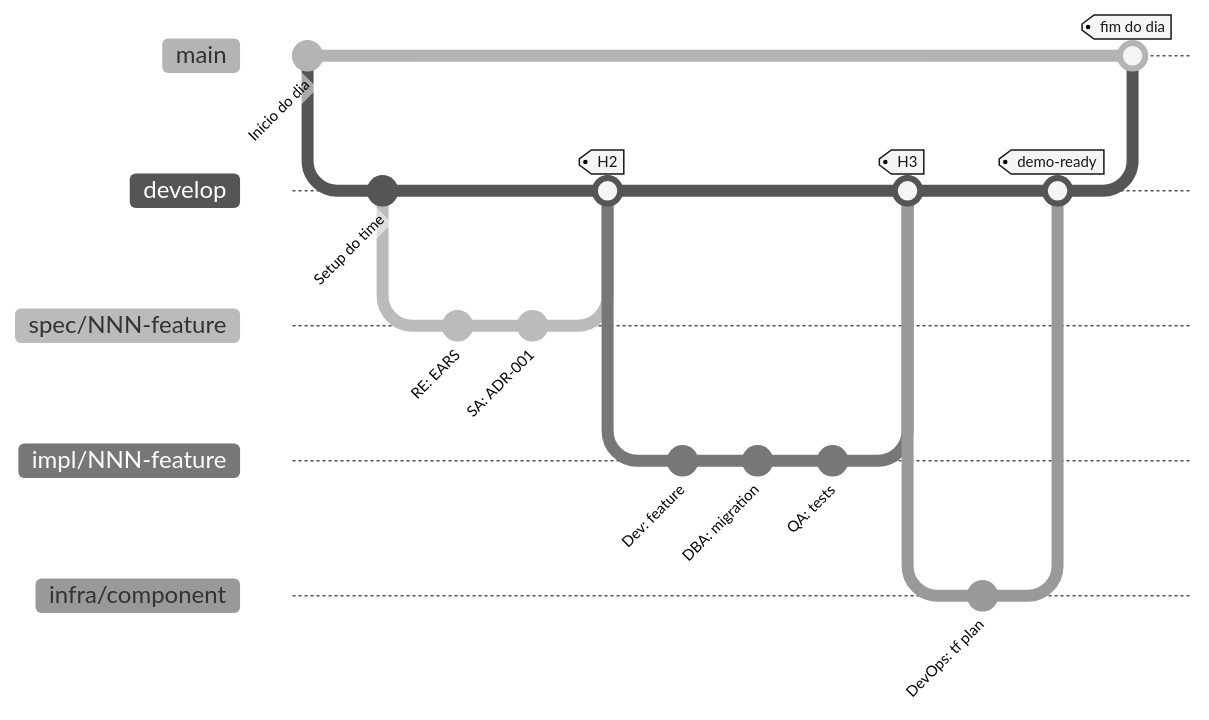
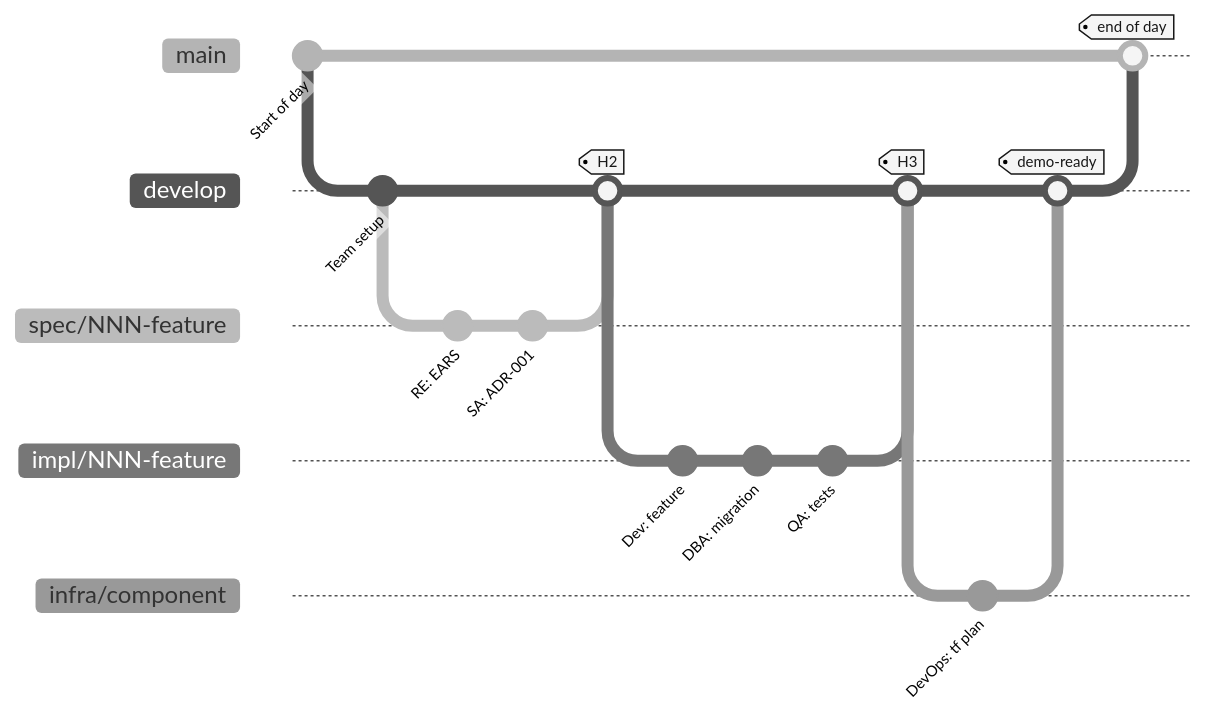
The diagram in 00-GIT-WORKFLOW.md (paulasilvatech/datacorp-mm-team-kit), drawn with Mermaid before and after one commit. The commit also changed other lines of this file and 169 other files, not shown here.

````diff
--- a/00-GIT-WORKFLOW.md
+++ b/00-GIT-WORKFLOW.md
@@ -39,27 +39,27 @@
 ```mermaid
 %%{init: {'theme':'neutral','themeVariables':{'fontFamily':'ui-sans-serif, system-ui, sans-serif','primaryColor':'#F5F5F5','primaryTextColor':'#171717','primaryBorderColor':'#171717','lineColor':'#525252','secondaryColor':'#FFFFFF','tertiaryColor':'#FAFAFA','background':'#FFFFFF'}}}%%
 gitGraph
-   commit id: "Início do dia"
+   commit id: "Start of day"
    branch develop
-   commit id: "Setup do time"
+   commit id: "Team setup"
    branch spec/NNN-feature
    checkout spec/NNN-feature
    commit id: "RE: EARS"
    commit id: "SA: ADR-001"
    checkout develop
    merge spec/NNN-feature tag: "H2"
    branch impl/NNN-feature
    checkout impl/NNN-feature
    commit id: "Dev: feature"
    commit id: "DBA: migration"
    commit id: "QA: tests"
    checkout develop
    merge impl/NNN-feature tag: "H3"
    branch infra/component
    checkout infra/component
    commit id: "DevOps: tf plan"
    checkout develop
    merge infra/component tag: "demo-ready"
    checkout main
-   merge develop tag: "fim do dia"
+   merge develop tag: "end of day"
 ```
````
